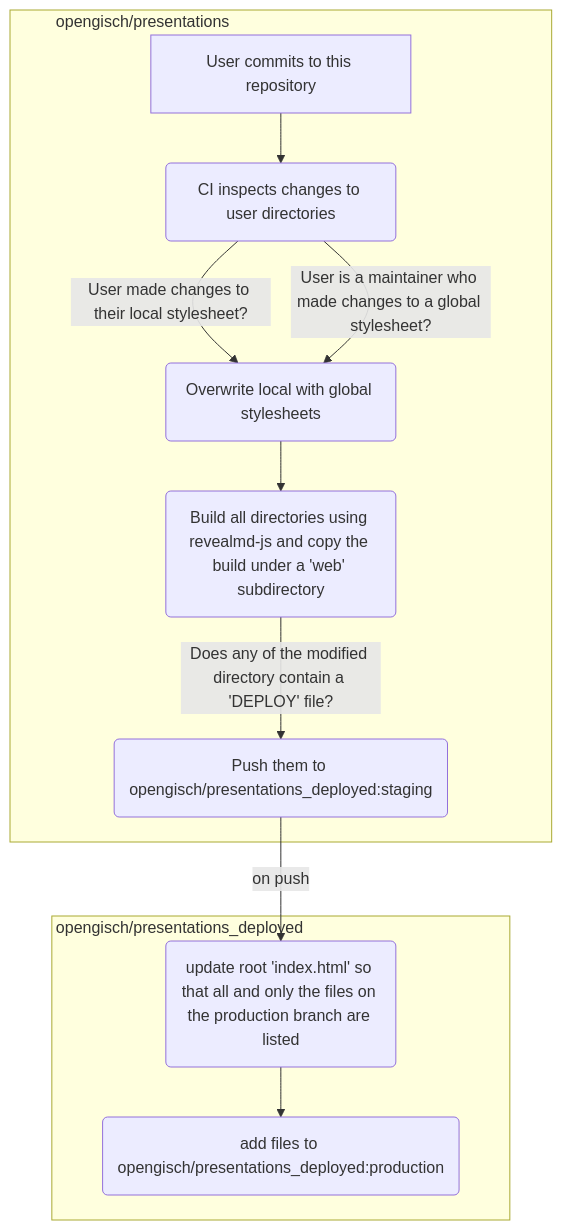
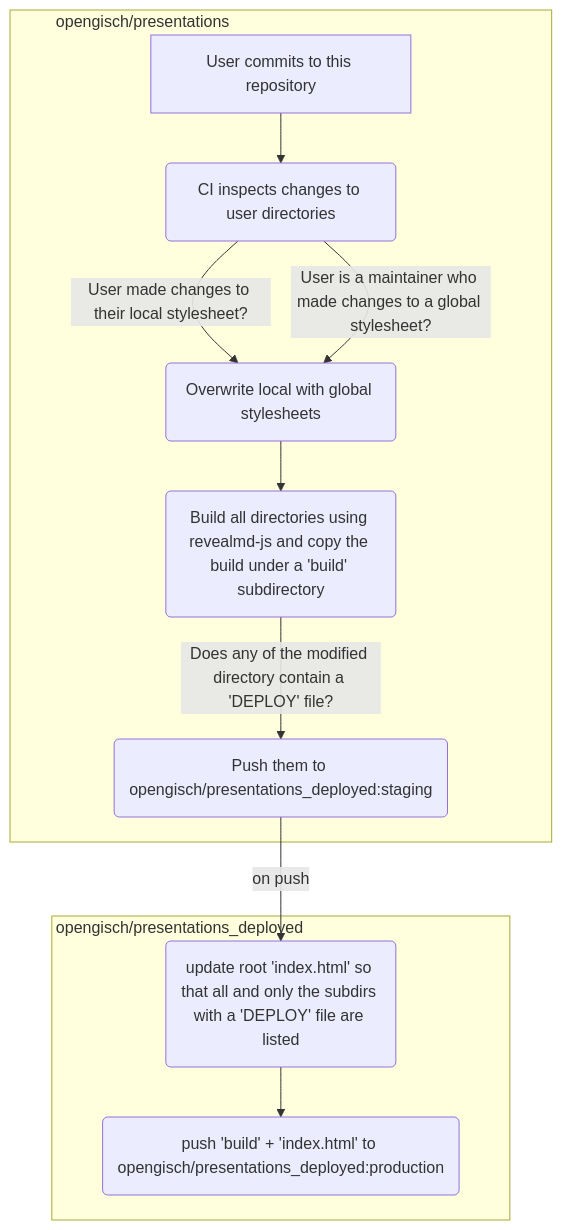
Before and after one commit to opengisch/teaching-slides: the diagram in README.md, drawn with Mermaid.

````diff
--- a/README.md
+++ b/README.md
@@ -3,17 +3,17 @@
 ```mermaid
 graph TD
     subgraph Alpha[opengisch/presentations]
         A[User commits to this repository] --> B(CI inspects changes to user directories)
         B --> |User made changes to their local stylesheet?| C(Overwrite local with global stylesheets)
         B --> |User is a maintainer who made changes to a global stylesheet?| C
-        C --> D(Build all directories using revealmd-js and copy the build under a 'web' subdirectory)
+        C --> D(Build all directories using revealmd-js and copy the build under a 'build' subdirectory)
         D --> |Does any of the modified directory contain a 'DEPLOY' file?| E(Push them to opengisch/presentations_deployed:staging)
     end
     subgraph Beta [opengisch/presentations_deployed]
-        E --> |on push| F(update root 'index.html' so that all and only the files on the production branch are listed)
-        F --> G(add files to opengisch/presentations_deployed:production)
+        E --> |on push| F(update root 'index.html' so that all and only the subdirs with a 'DEPLOY' file are listed)
+        F --> G(push 'build' + 'index.html' to opengisch/presentations_deployed:production)
     end
     classDef r margin-right: 450px
     class Alpha r
     class Beta r
 ```
````
